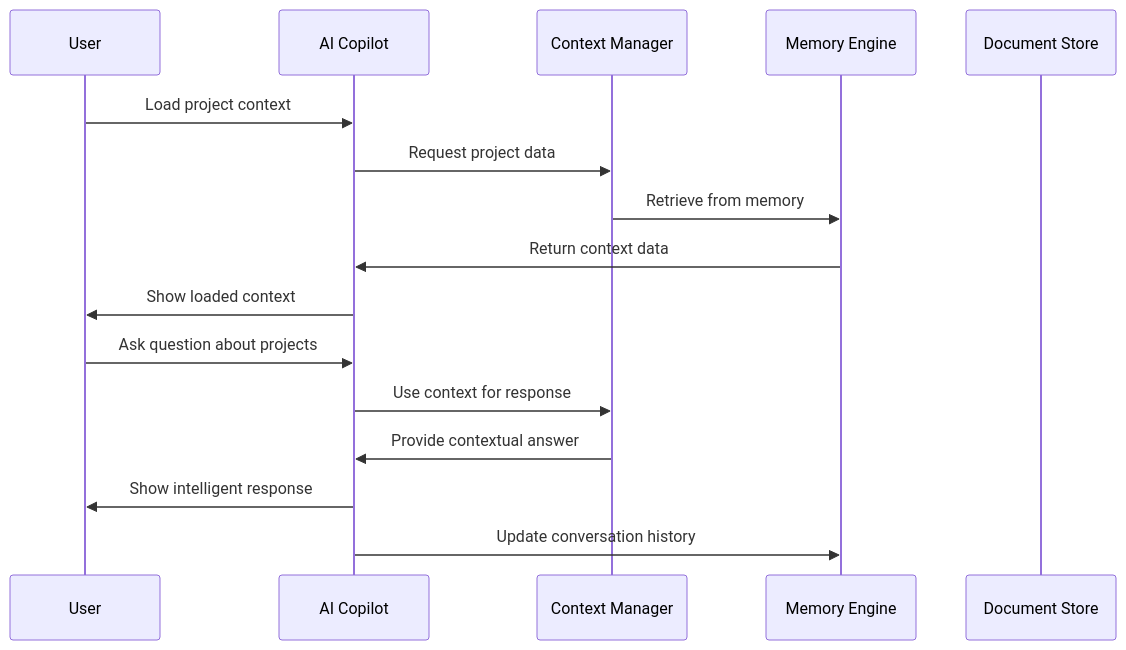
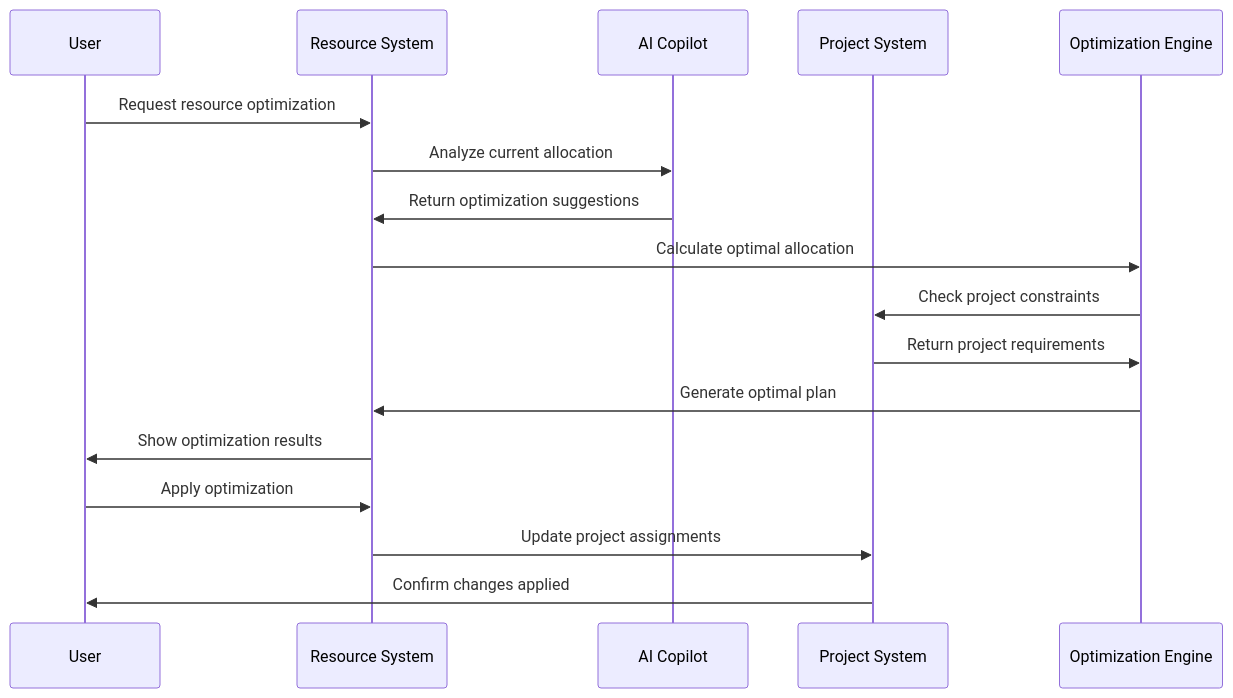
Before and after one commit to ashishrb/lam-poc-project-automation: the third of 4 diagrams in HIGH_LEVEL_DESIGN.md, drawn with Mermaid. The commit also changed other lines of this file, not shown here.

````diff
--- a/HIGH_LEVEL_DESIGN.md
+++ b/HIGH_LEVEL_DESIGN.md
@@ -194,19 +403,20 @@
 ```mermaid
 sequenceDiagram
     participant U as User
+    participant R as Resource System
     participant AI as AI Copilot
-    participant C as Context Manager
-    participant M as Memory Engine
-    participant D as Document Store
+    participant P as Project System
+    participant O as Optimization Engine
 
-    U->>AI: Load project context
-    AI->>C: Request project data
-    C->>M: Retrieve from memory
-    M->>AI: Return context data
-    AI->>U: Show loaded context
-    U->>AI: Ask question about projects
-    AI->>C: Use context for response
-    C->>AI: Provide contextual answer
-    AI->>U: Show intelligent response
-    AI->>M: Update conversation history
+    U->>R: Request resource optimization
+    R->>AI: Analyze current allocation
+    AI->>R: Return optimization suggestions
+    R->>O: Calculate optimal allocation
+    O->>P: Check project constraints
+    P->>O: Return project requirements
+    O->>R: Generate optimal plan
+    R->>U: Show optimization results
+    U->>R: Apply optimization
+    R->>P: Update project assignments
+    P->>U: Confirm changes applied
 ```
````
